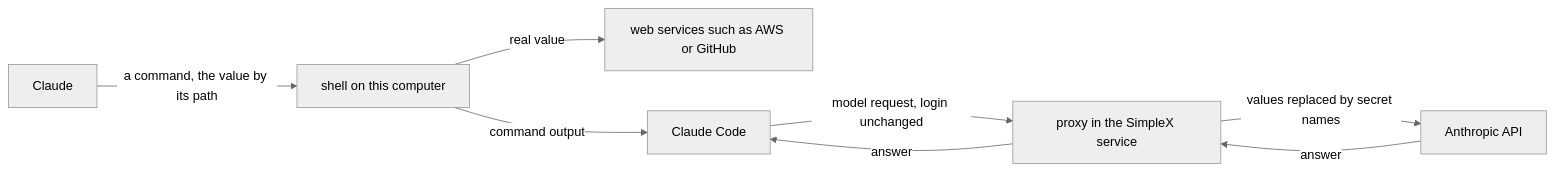
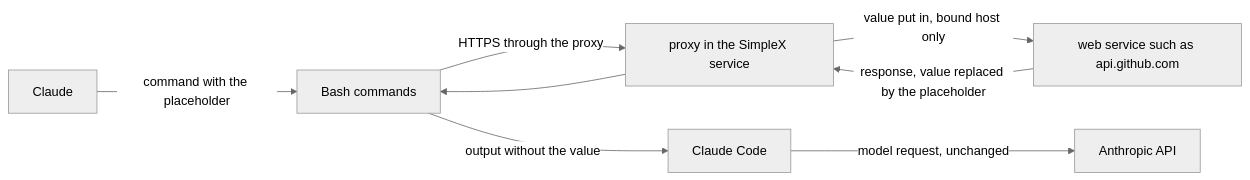
The first of 4 diagrams in plans/2026-11-13-mcp-secrets.md (evgeny-simplex/simplex-chat), drawn with Mermaid (neutral theme) before and after one commit. The commit also changed other lines of this file, not shown here.

Commit message:
plan: mcp-secrets, secrets bound to hosts, put in by the plugin's proxy

````diff
--- a/plans/2026-11-13-mcp-secrets.md
+++ b/plans/2026-11-13-mcp-secrets.md
@@ -32,10 +28,10 @@
 ```mermaid
 flowchart LR
-  CL[Claude] -->|a command, the value by its path| SH[shell on this computer]
-  SH -->|real value| WS[web services such as AWS or GitHub]
-  SH -->|command output| CC[Claude Code]
-  CC -->|model request, login unchanged| PX[proxy in the SimpleX service]
-  PX -->|values replaced by secret names| AN[Anthropic API]
-  AN -->|answer| PX
-  PX -->|answer| CC
+  CL[Claude] -->|command with the placeholder| SH[Bash commands]
+  SH -->|HTTPS through the proxy| PX[proxy in the SimpleX service]
+  PX -->|value put in, bound host only| WS[web service such as api.github.com]
+  WS -->|response, value replaced by the placeholder| PX
+  PX --> SH
+  SH -->|output without the value| CC[Claude Code]
+  CC -->|model request, unchanged| AN[Anthropic API]
 ```
````
